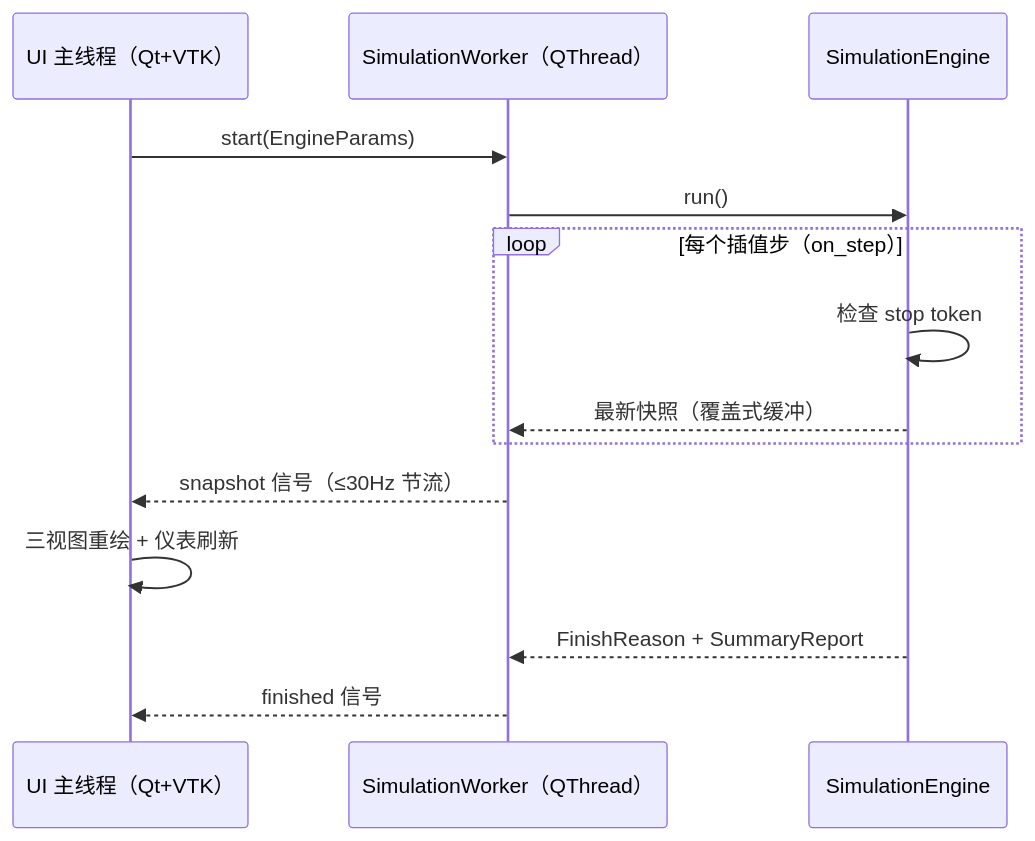
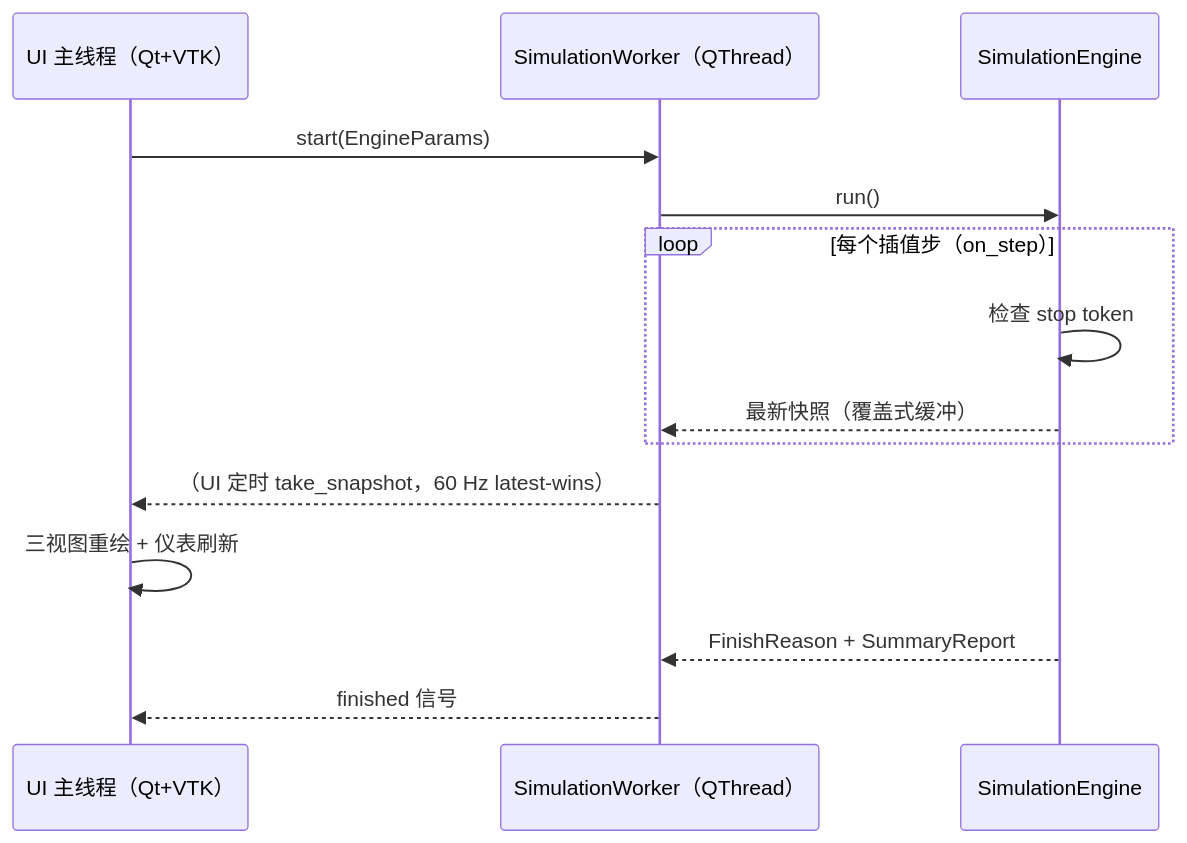
One commit to Axiom117/M-REx_Perception changed the third of 3 diagrams in doc/python-architecture.md. Above: the diagram before and after it, drawn with Mermaid. The commit also changed other lines of this file and 14 other files, not shown here.

````diff
--- a/doc/python-architecture.md
+++ b/doc/python-architecture.md
@@ -450,17 +450,17 @@
 ```mermaid
 sequenceDiagram
     participant UI as UI 主线程（Qt+VTK）
     participant W as SimulationWorker（QThread）
     participant E as SimulationEngine
 
     UI->>W: start(EngineParams)
     W->>E: run()
     loop 每个插值步（on_step）
         E->>E: 检查 stop token
         E-->>W: 最新快照（覆盖式缓冲）
     end
-    W-->>UI: snapshot 信号（≤30Hz 节流）
+    W-->>UI: （UI 定时 take_snapshot，60 Hz latest-wins）
     UI->>UI: 三视图重绘 + 仪表刷新
     E-->>W: FinishReason + SummaryReport
     W-->>UI: finished 信号
 ```
````
